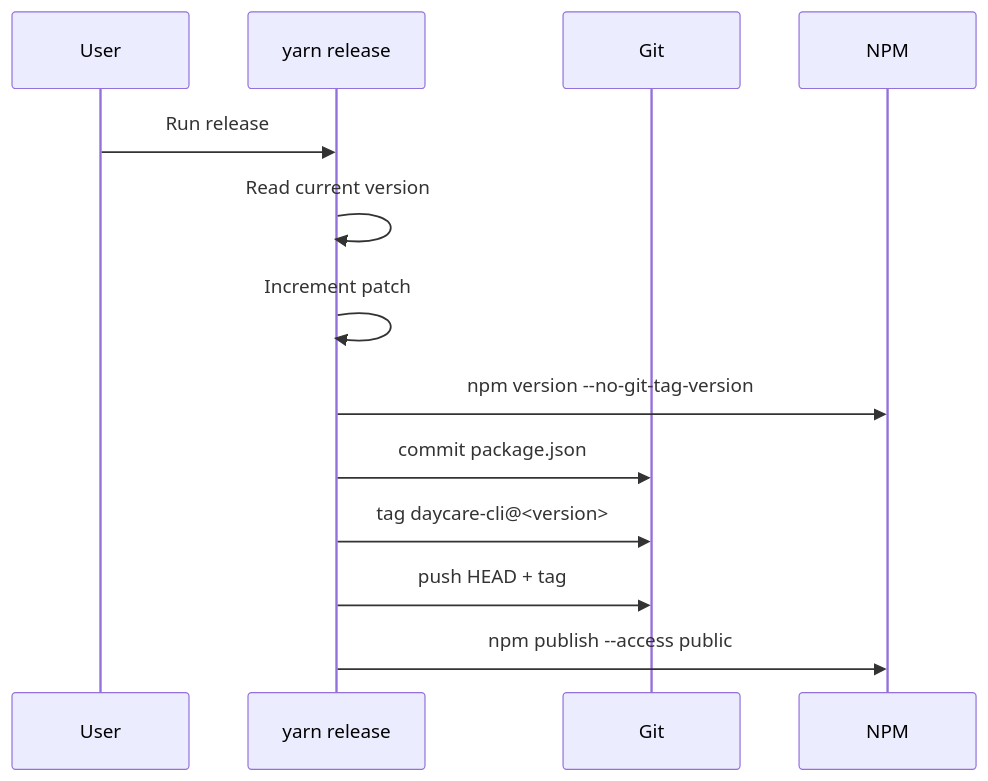
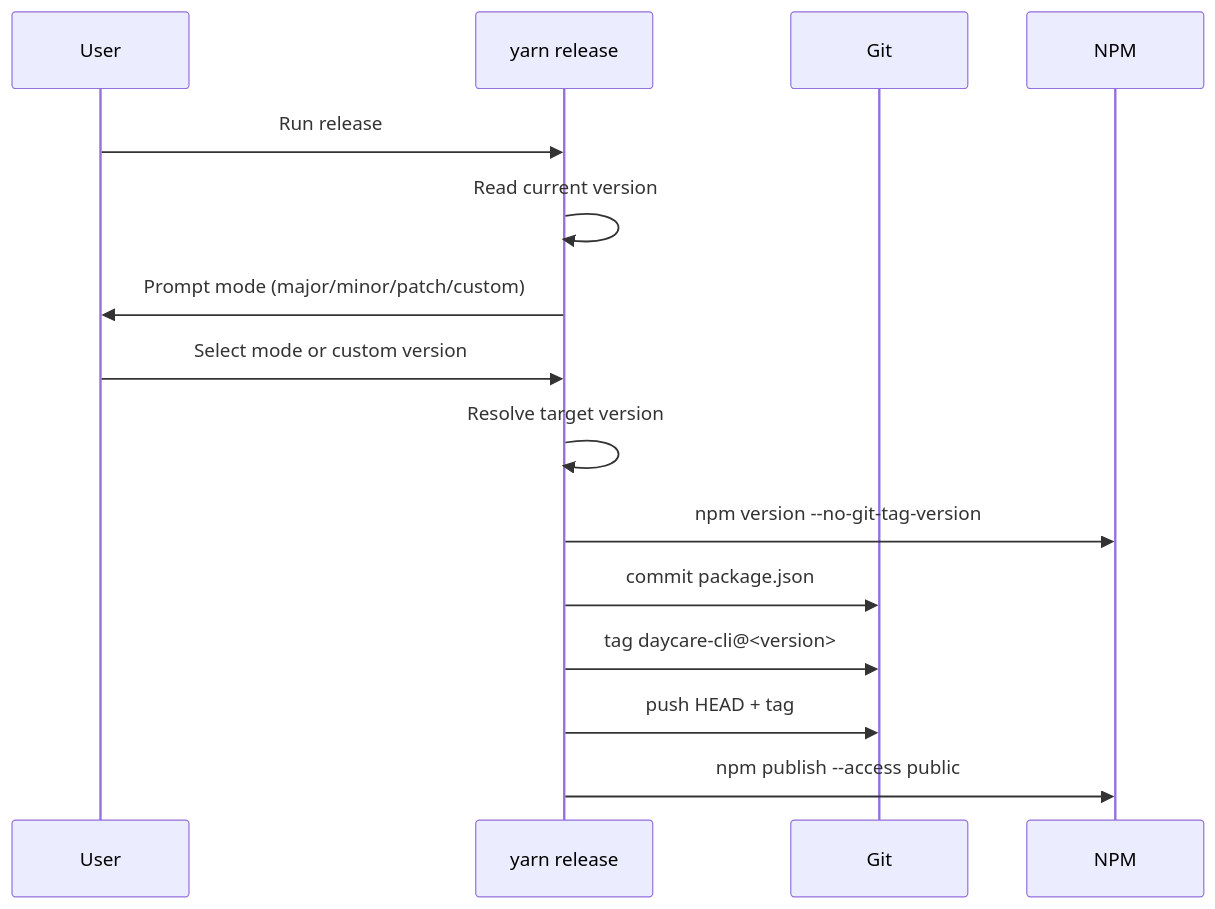
The diagram in doc/internals/release-command.md (ex3ndr-bot/daycare), drawn with Mermaid before and after one commit. The commit also changed other lines of this file and 7 other files, not shown here.

Commit message:
feat(release): add interactive version prompt

````diff
--- a/doc/internals/release-command.md
+++ b/doc/internals/release-command.md
@@ -17,16 +18,18 @@
 ```mermaid
 sequenceDiagram
   participant User
   participant CLI as yarn release
   participant Git
   participant NPM
 
   User->>CLI: Run release
   CLI->>CLI: Read current version
-  CLI->>CLI: Increment patch
+  CLI->>User: Prompt mode (major/minor/patch/custom)
+  User->>CLI: Select mode or custom version
+  CLI->>CLI: Resolve target version
   CLI->>NPM: npm version --no-git-tag-version
   CLI->>Git: commit package.json
   CLI->>Git: tag daycare-cli@<version>
   CLI->>Git: push HEAD + tag
   CLI->>NPM: npm publish --access public
 ```
````
